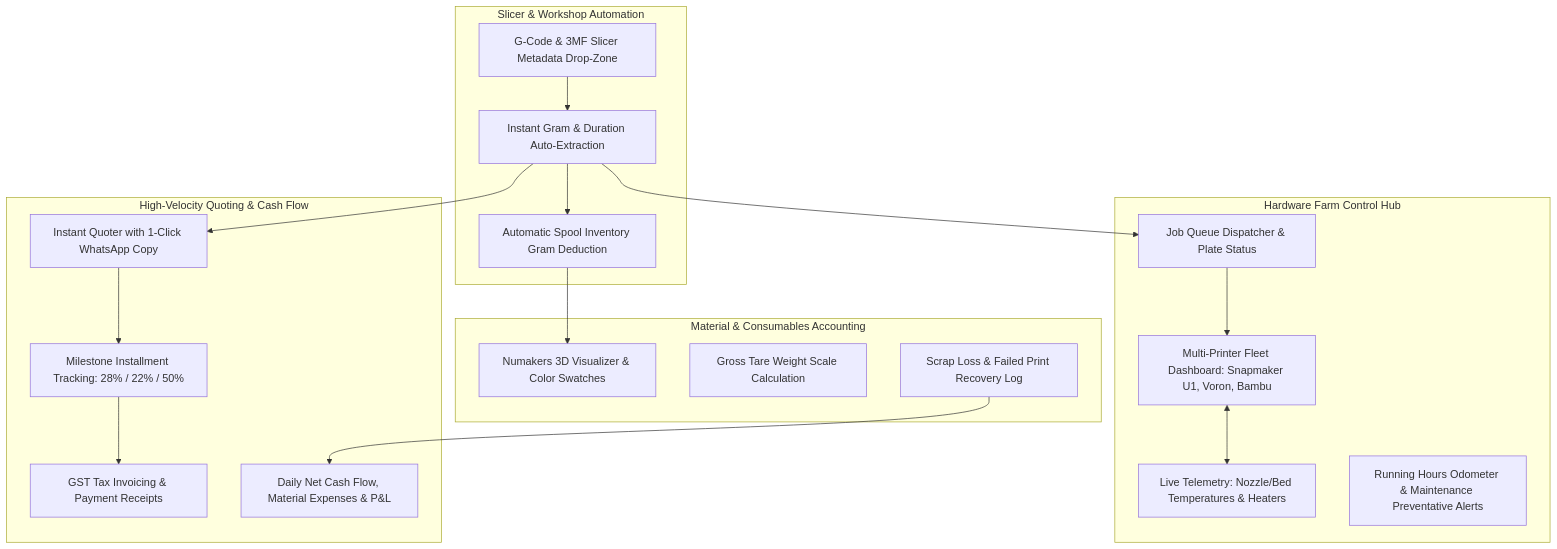
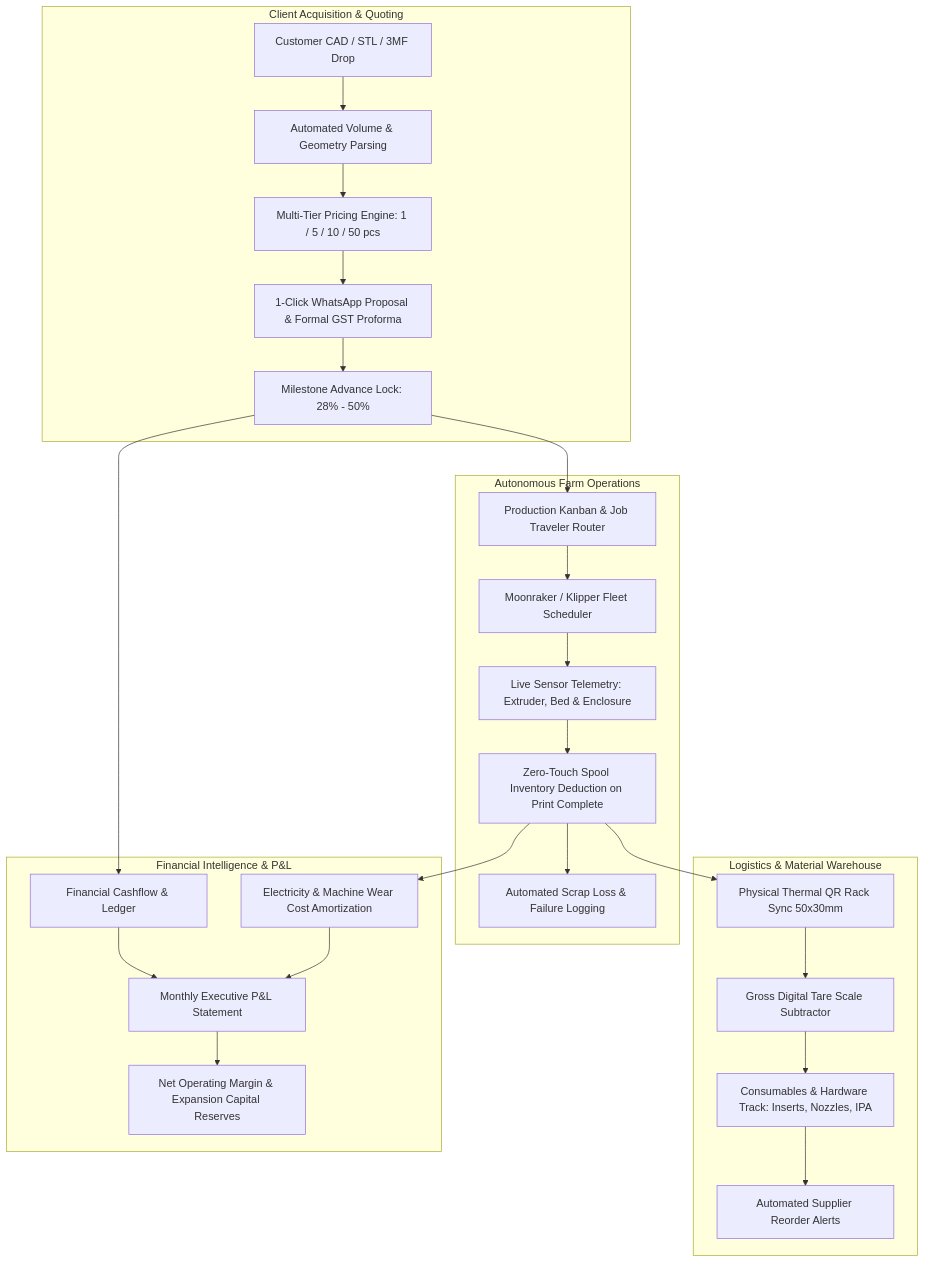
One commit to SidddhantJain/MadeNMore_Invetory- changed the diagram in FUTURE_PLAN.md. Above: the diagram before and after it, drawn with Mermaid. The commit also changed other lines of this file and 3 other files, not shown here.

````diff
--- a/FUTURE_PLAN.md
+++ b/FUTURE_PLAN.md
@@ -15,38 +13,32 @@
 ```mermaid
 graph TB
-    subgraph Slicer & Workshop Automation
-        T1[G-Code & 3MF Slicer Metadata Drop-Zone]
-        T2[Instant Gram & Duration Auto-Extraction]
-        T3[Automatic Spool Inventory Gram Deduction]
+    subgraph Client Acquisition & Quoting
+        Q1[Customer CAD / STL / 3MF Drop] --> Q2[Automated Volume & Geometry Parsing]
+        Q2 --> Q3[Multi-Tier Pricing Engine: 1 / 5 / 10 / 50 pcs]
+        Q3 --> Q4[1-Click WhatsApp Proposal & Formal GST Proforma]
+        Q4 --> Q5[Milestone Advance Lock: 28% - 50%]
     end
 
-    subgraph Hardware Farm Control Hub
-        F1[Multi-Printer Fleet Dashboard: Snapmaker U1, Voron, Bambu]
-        F2[Live Telemetry: Nozzle/Bed Temperatures & Heaters]
-        F3[Job Queue Dispatcher & Plate Status]
-        F4[Running Hours Odometer & Maintenance Preventative Alerts]
+    subgraph Autonomous Farm Operations
+        Q5 --> P1[Production Kanban & Job Traveler Router]
+        P1 --> P2[Moonraker / Klipper Fleet Scheduler]
+        P2 --> P3[Live Sensor Telemetry: Extruder, Bed & Enclosure]
+        P3 --> P4[Zero-Touch Spool Inventory Deduction on Print Complete]
+        P4 --> P5[Automated Scrap Loss & Failure Logging]
     end
 
-    subgraph High-Velocity Quoting & Cash Flow
-        C1[Instant Quoter with 1-Click WhatsApp Copy]
-        C2[Milestone Installment Tracking: 28% / 22% / 50%]
-        C3[GST Tax Invoicing & Payment Receipts]
-        C4[Daily Net Cash Flow, Material Expenses & P&L]
+    subgraph Logistics & Material Warehouse
+        P4 --> W1[Physical Thermal QR Rack Sync 50x30mm]
+        W1 --> W2[Gross Digital Tare Scale Subtractor]
+        W2 --> W3[Consumables & Hardware Track: Inserts, Nozzles, IPA]
+        W3 --> W4[Automated Supplier Reorder Alerts]
     end
 
-    subgraph Material & Consumables Accounting
-        M1[Numakers 3D Visualizer & Color Swatches]
-        M2[Gross Tare Weight Scale Calculation]
-        M3[Scrap Loss & Failed Print Recovery Log]
+    subgraph Financial Intelligence & P&L
+        Q5 --> F1[Financial Cashflow & Ledger]
+        P4 --> F2[Electricity & Machine Wear Cost Amortization]
+        F1 --> F3[Monthly Executive P&L Statement]
+        F2 --> F3
+        F3 --> F4[Net Operating Margin & Expansion Capital Reserves]
     end
-
-    T1 --> T2 --> T3
-    T2 --> C1
-    T2 --> F3
-    F1 <--> F2
-    F3 --> F1
-    C1 --> C2
-    C2 --> C3
-    T3 --> M1
-    M3 --> C4
 ```
````
